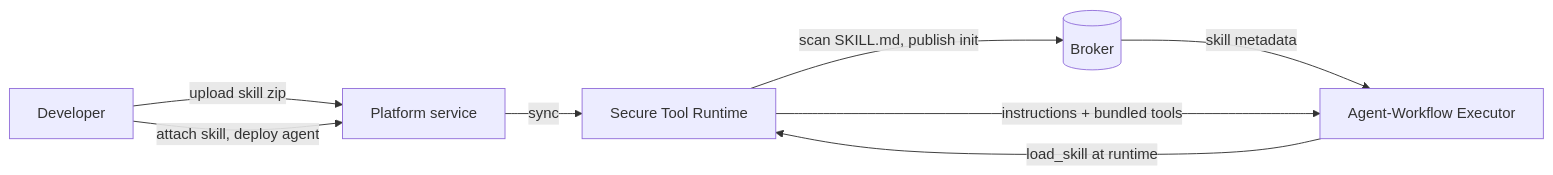
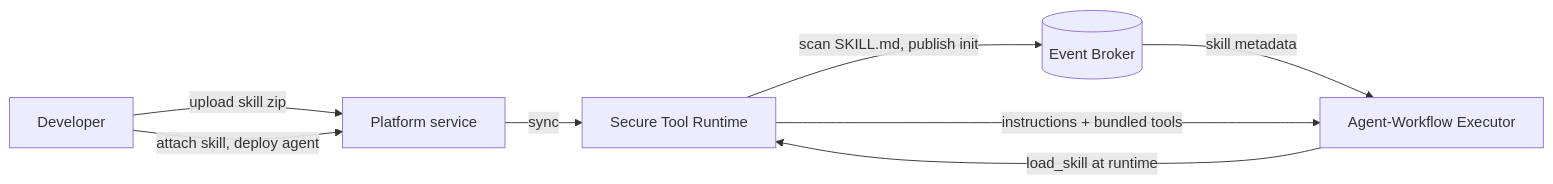
The second of 2 diagrams in .claude/skills/sam-docs/references/documentation/concepts/skills.md (SolaceDev/solace-developer-workshops), drawn with Mermaid before and after one commit. The commit also changed other lines of this file and 225 other files, not shown here.

````diff
--- a/.claude/skills/sam-docs/references/documentation/concepts/skills.md
+++ b/.claude/skills/sam-docs/references/documentation/concepts/skills.md
@@ -75,16 +80,16 @@
 ```mermaid
 flowchart LR
   dev[Developer]
   plat[Platform service]
   str[Secure Tool Runtime]
-  broker[(Broker)]
+  broker[(Event Broker)]
   awe[Agent-Workflow Executor]
 
   dev -->|upload skill zip| plat
   plat -->|sync| str
   str -->|scan SKILL.md, publish init| broker
   broker -->|skill metadata| awe
   dev -->|attach skill, deploy agent| plat
   awe -->|load_skill at runtime| str
   str -->|instructions + bundled tools| awe
 ```
````
